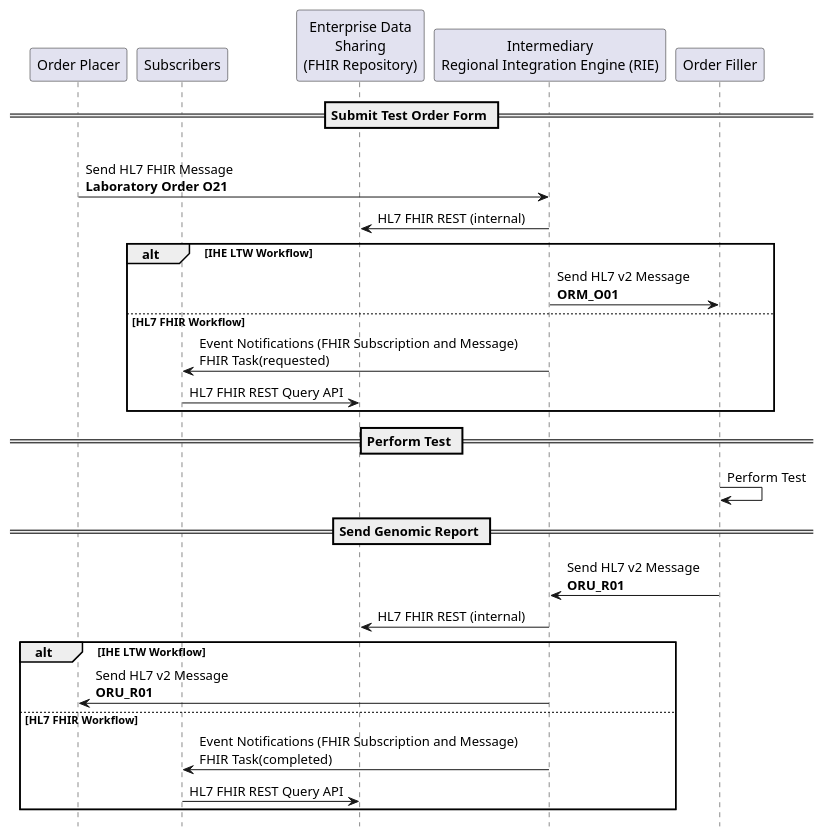
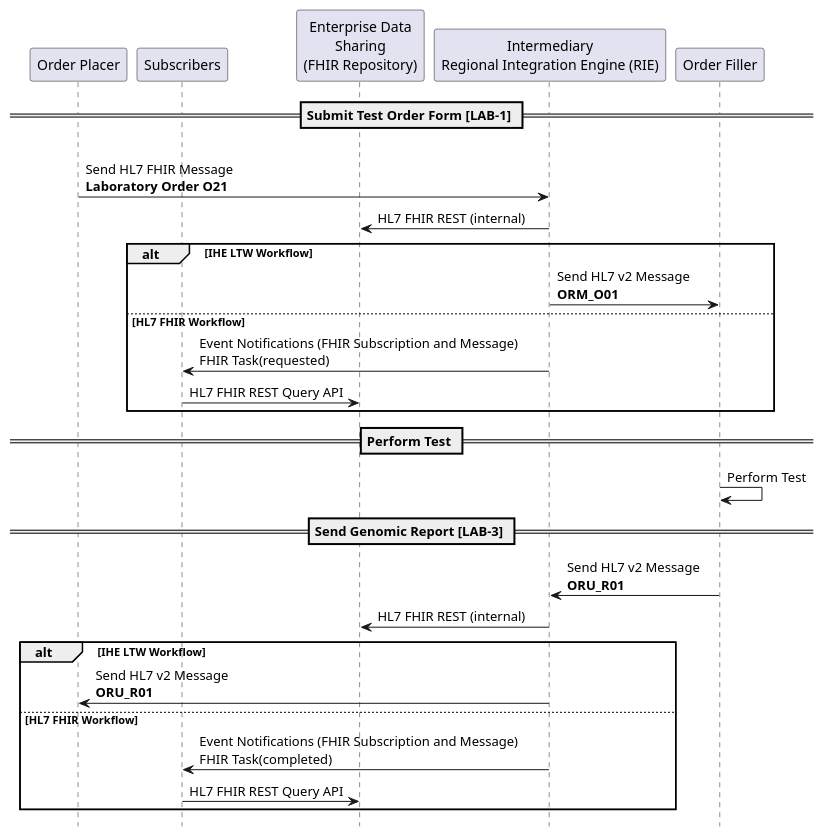
One commit to nw-gmsa/nw-gmsa.github.com changed the diagram in input/images-source/LTW-fhir-sequence.plantuml. Above: the diagram before and after it, drawn with PlantUML. The commit also changed 3 other files, not shown here.

Commit message:
Documentation of Lab Report options

```diff
--- a/input/images-source/LTW-fhir-sequence.plantuml
+++ b/input/images-source/LTW-fhir-sequence.plantuml
@@ -1,39 +1,39 @@
 @startuml
 
 hide footbox
 
 participant "Order Placer" as EPR
 participant "Subscribers" as Subscribers
 participant "Enterprise Data\nSharing\n(FHIR Repository)" as CDR
 participant "Intermediary\nRegional Integration Engine (RIE)" as TIE
 participant "Order Filler" as LIMS
 
 
-== Submit Test Order Form ==
+== Submit Test Order Form [LAB-1] ==
 
 EPR -> TIE: \nSend HL7 FHIR Message\n**Laboratory Order O21**
 TIE -> CDR: HL7 FHIR REST (internal)
 alt IHE LTW Workflow
 TIE -> LIMS: Send HL7 v2 Message\n**ORM_O01**
 else HL7 FHIR Workflow
 TIE -> Subscribers: Event Notifications (FHIR Subscription and Message)\nFHIR Task(requested)
 Subscribers -> CDR: HL7 FHIR REST Query API
 end
 
 == Perform Test ==
 
 LIMS -> LIMS: Perform Test
 
-== Send Genomic Report ==
+== Send Genomic Report [LAB-3] ==
 
 LIMS -> TIE: Send HL7 v2 Message\n**ORU_R01**
 
 TIE -> CDR: HL7 FHIR REST (internal)
 alt IHE LTW Workflow
 TIE -> EPR: Send HL7 v2 Message\n**ORU_R01**
 else HL7 FHIR Workflow
 TIE -> Subscribers: Event Notifications (FHIR Subscription and Message)\nFHIR Task(completed)
 Subscribers -> CDR: HL7 FHIR REST Query API
 end
 
 @enduml
```
